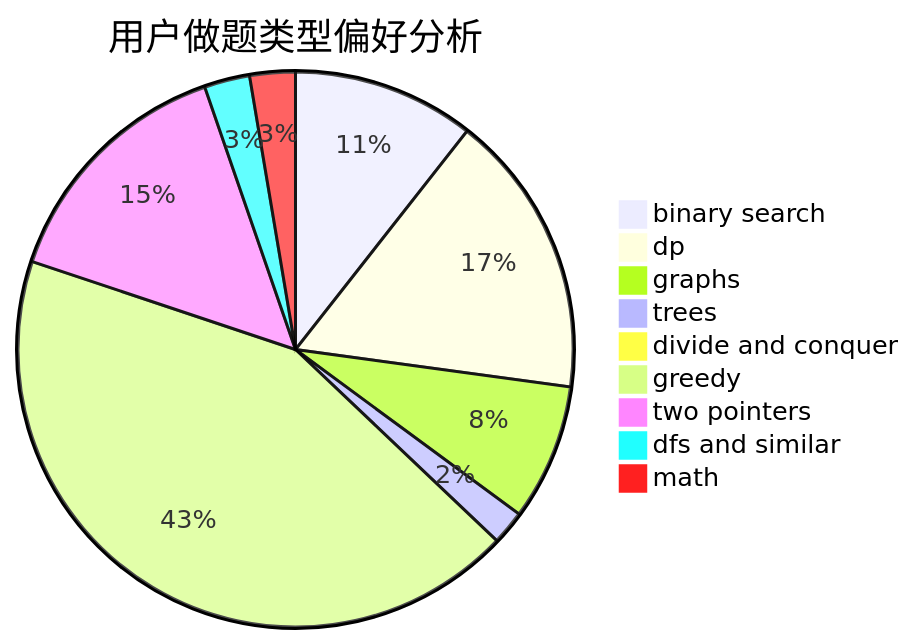
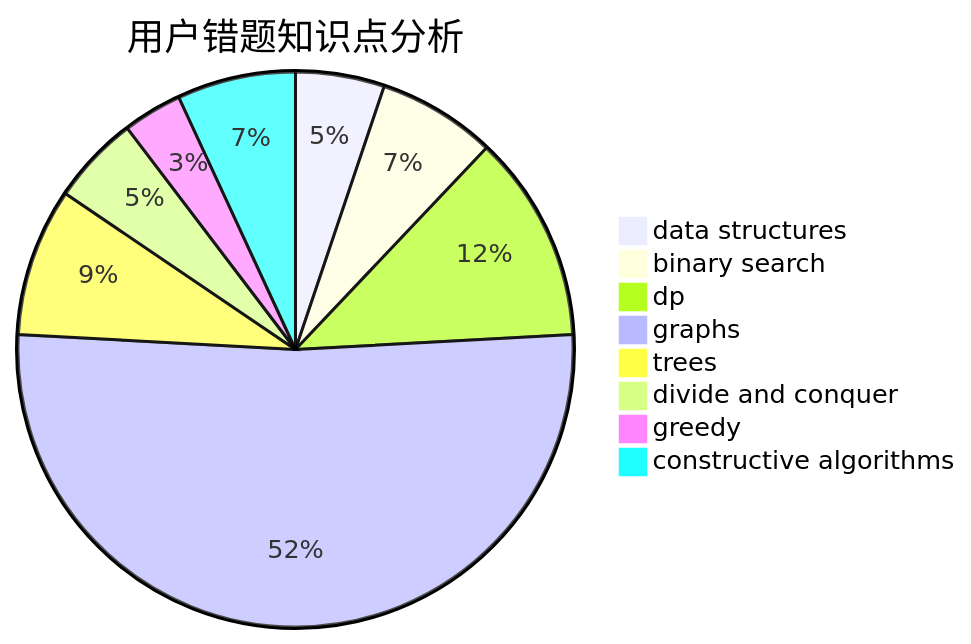
The third of 3 diagrams in docs/user/u390.md (sherpahu/cfrs.github.io), drawn with Mermaid before and after one commit. The commit also changed other lines of this file and 2775 other files, not shown here.

````diff
--- a/docs/user/u390.md
+++ b/docs/user/u390.md
@@ -23,12 +36,11 @@
 ```mermaid
-pie title 用户做题类型偏好分析
-    "binary search" :  16
-    "dp" :  25
-    "graphs" :  12
-    "trees" :  3
-    "divide and conquer" :  0
-    "greedy" :  65
-    "two pointers" :  22
-    "dfs and similar" :  4
-    "math" :  4
+pie title 用户错题知识点分析
+    "data structures" :  3
+    "binary search" :  4
+    "dp" :  7
+    "graphs" :  30
+    "trees" :  5
+    "divide and conquer" :  3
+    "greedy" :  2
+    "constructive algorithms" :  4
 ```
````
